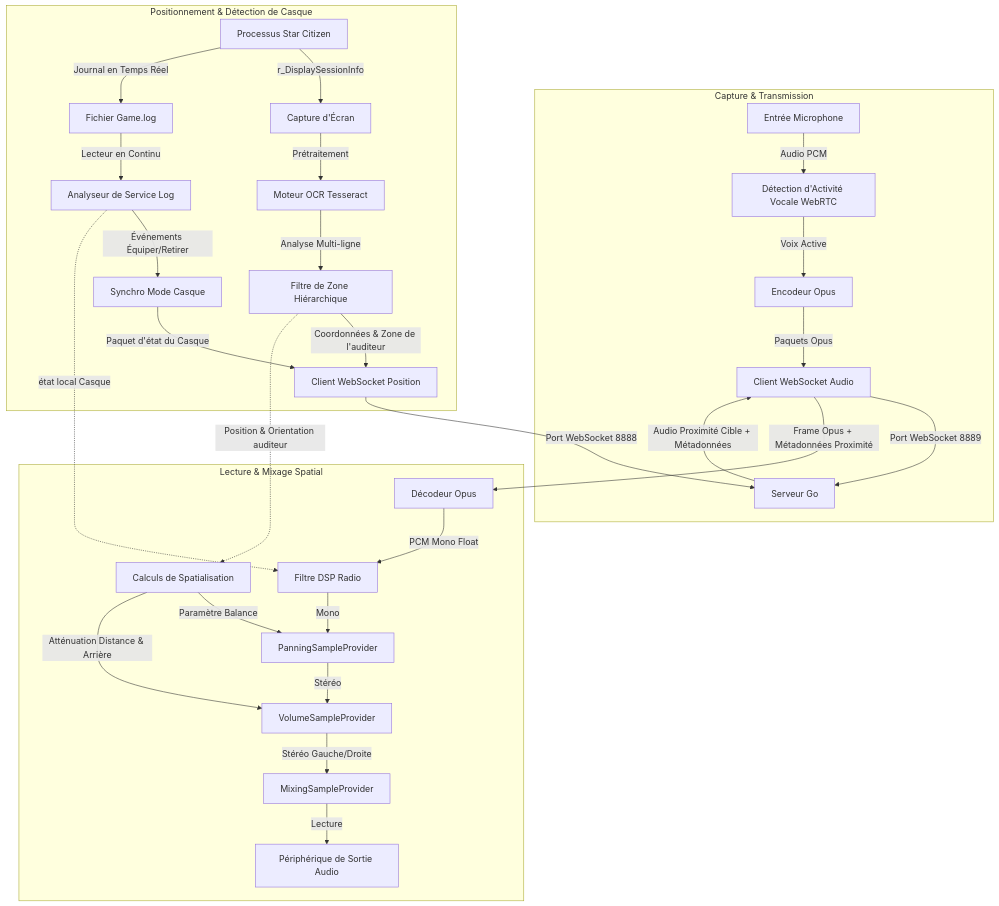
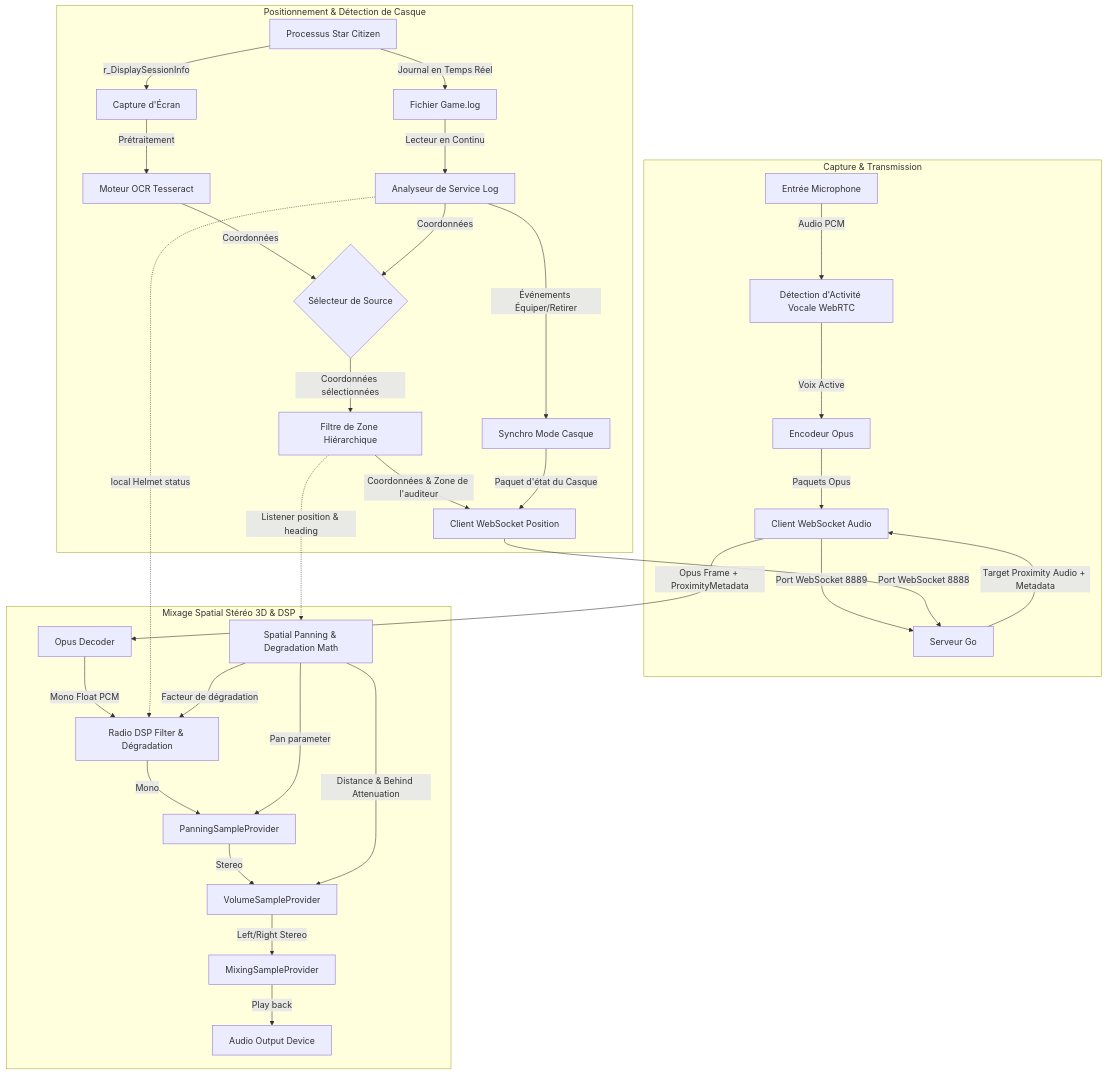
Before and after one commit to XuruDragon/XuruVOIP: the diagram in doc/README.fr.md, drawn with Mermaid. The commit also changed other lines of this file and 17 other files, not shown here.

First line of the commit message:
docs,tests: document position source toggle, radio dsp effects, overlay, and radar map

````diff
--- a/doc/README.fr.md
+++ b/doc/README.fr.md
@@ -80,39 +80,45 @@
 ```mermaid
 graph TD
     subgraph Capture & Transmission
         Mic[Entrée Microphone] -->|Audio PCM| VAD[Détection d'Activité Vocale WebRTC]
         VAD -->|Voix Active| OpusEnc[Encodeur Opus]
         OpusEnc -->|Paquets Opus| AudioWS[Client WebSocket Audio]
         AudioWS -->|Port WebSocket 8889| Server[Serveur Go]
     end
 
     subgraph Positionnement & Détection de Casque
         SC[Processus Star Citizen] -->|r_DisplaySessionInfo| Screen[Capture d'Écran]
         Screen -->|Prétraitement| Tess[Moteur OCR Tesseract]
-        Tess -->|Analyse Multi-ligne| Zone[Filtre de Zone Hiérarchique]
+        
+        SC -->|Journal en Temps Réel| GameLog[Fichier Game.log]
+        GameLog -->|Lecteur en Continu| LogParser[Analyseur de Service Log]
+        
+        Tess -->|Coordonnées| PosSelector{Sélecteur de Source}
+        LogParser -->|Coordonnées| PosSelector
+        
+        PosSelector -->|Coordonnées sélectionnées| Zone[Filtre de Zone Hiérarchique]
         Zone -->|Coordonnées & Zone de l'auditeur| PosWS[Client WebSocket Position]
         PosWS -->|Port WebSocket 8888| Server
 
-        SC -->|Journal en Temps Réel| GameLog[Fichier Game.log]
-        GameLog -->|Lecteur en Continu| LogParser[Analyseur de Service Log]
         LogParser -->|Événements Équiper/Retirer| Helmet[Synchro Mode Casque]
         Helmet -->|Paquet d'état du Casque| PosWS
     end
 
-    subgraph Lecture & Mixage Spatial
-        Server -->|Audio Proximité Cible + Métadonnées| AudioWS
-        AudioWS -->|Frame Opus + Métadonnées Proximité| Decoder[Décodeur Opus]
-        Decoder -->|PCM Mono Float| DSP[Filtre DSP Radio]
+    subgraph Mixage Spatial Stéréo 3D & DSP
+        Server -->|Target Proximity Audio + Metadata| AudioWS
+        AudioWS -->|Opus Frame + ProximityMetadata| Decoder[Opus Decoder]
+        Decoder -->|Mono Float PCM| DSP[Radio DSP Filter & Dégradation]
         DSP -->|Mono| Panner[PanningSampleProvider]
-        Panner -->|Stéréo| Volume[VolumeSampleProvider]
+        Panner -->|Stereo| Volume[VolumeSampleProvider]
         
-        LogParser -.->|état local Casque| DSP
-        Zone -.->|Position & Orientation auditeur| MixerMath[Calculs de Spatialisation]
+        LogParser -.->|local Helmet status| DSP
+        Zone -.->|Listener position & heading| MixerMath[Spatial Panning & Degradation Math]
         
-        MixerMath -->|Paramètre Balance| Panner
-        MixerMath -->|Atténuation Distance & Arrière| Volume
+        MixerMath -->|Pan parameter| Panner
+        MixerMath -->|Distance & Behind Attenuation| Volume
+        MixerMath -->|Facteur de dégradation| DSP
         
-        Volume -->|Stéréo Gauche/Droite| Mixer[MixingSampleProvider]
-        Mixer -->|Lecture| Speakers[Périphérique de Sortie Audio]
+        Volume -->|Left/Right Stereo| Mixer[MixingSampleProvider]
+        Mixer -->|Play back| Speakers[Audio Output Device]
     end
 ```
````
